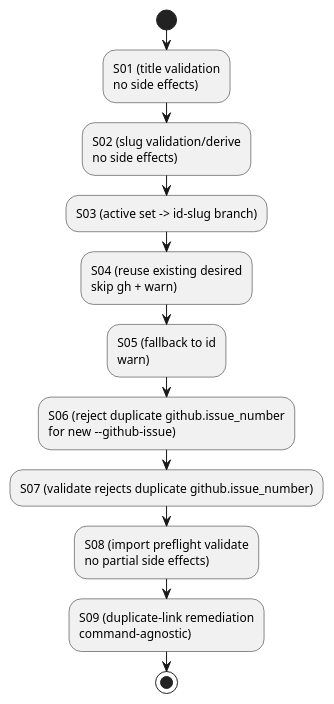
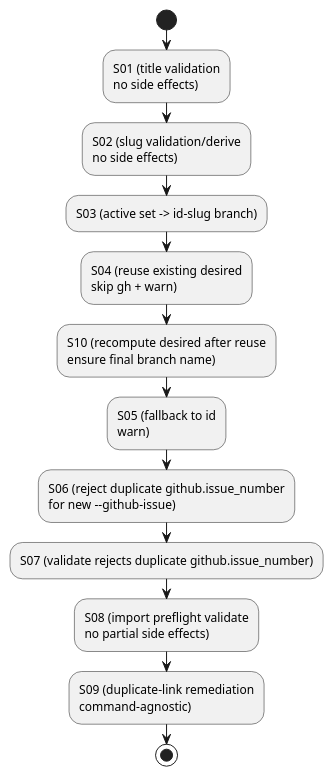
One commit to chemitaro/spec-dock changed the diagram in tmp/issue-5/plan.md. Above: the diagram before and after it, drawn with PlantUML. The commit also changed other lines of this file and 2 other files, not shown here.

Commit message:
docs: AC-011を既存ブランチ再利用の命名再計算要件へ反映 - `tmp/issue-5/design.md` で既存ブランチ再利用時に checkout 後の再解決・再計算を行い最終 branch 名を desired へ寄せる仕様を追記 - `tmp/issue-5/plan.md` に AC-011 を追加し、S10 ステップとして設計反映・検証条件を登録 - `tmp/issue-5/requirement.md` に slug ずれ条件下の `active set` 挙動と観測点（`git rev-parse --abbrev-ref HEAD`）を追加

````diff
--- a/tmp/issue-5/plan.md
+++ b/tmp/issue-5/plan.md
@@ -36,17 +37,18 @@
 ```plantuml
 @startuml
 skinparam monochrome true
 
 start
 :S01 (title validation\nno side effects);
 :S02 (slug validation/derive\nno side effects);
 :S03 (active set -> id-slug branch);
 :S04 (reuse existing desired\nskip gh + warn);
+:S10 (recompute desired after reuse\nensure final branch name);
 :S05 (fallback to id\nwarn);
 :S06 (reject duplicate github.issue_number\nfor new --github-issue);
 :S07 (validate rejects duplicate github.issue_number);
 :S08 (import preflight validate\nno partial side effects);
 :S09 (duplicate-link remediation\ncommand-agnostic);
 stop
 @enduml
 ```
````
